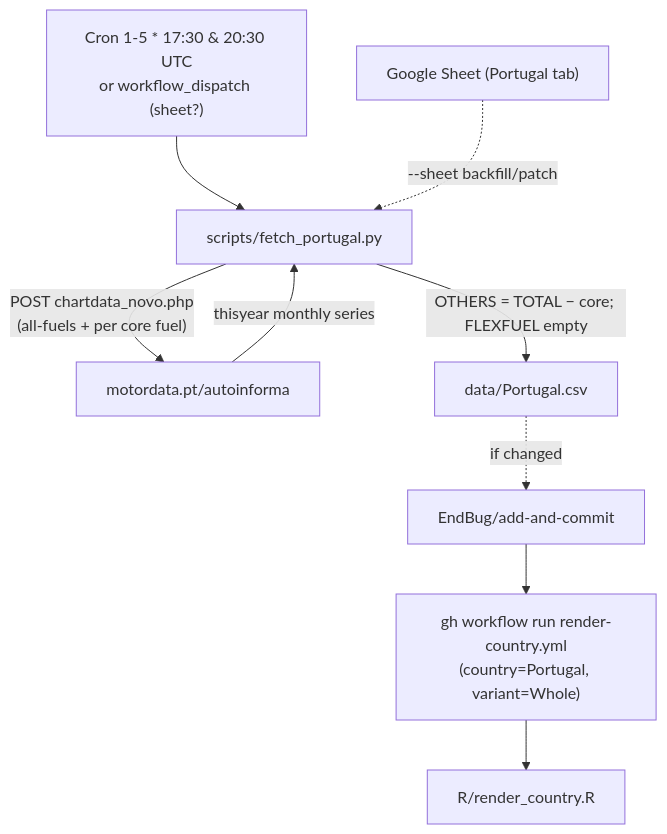
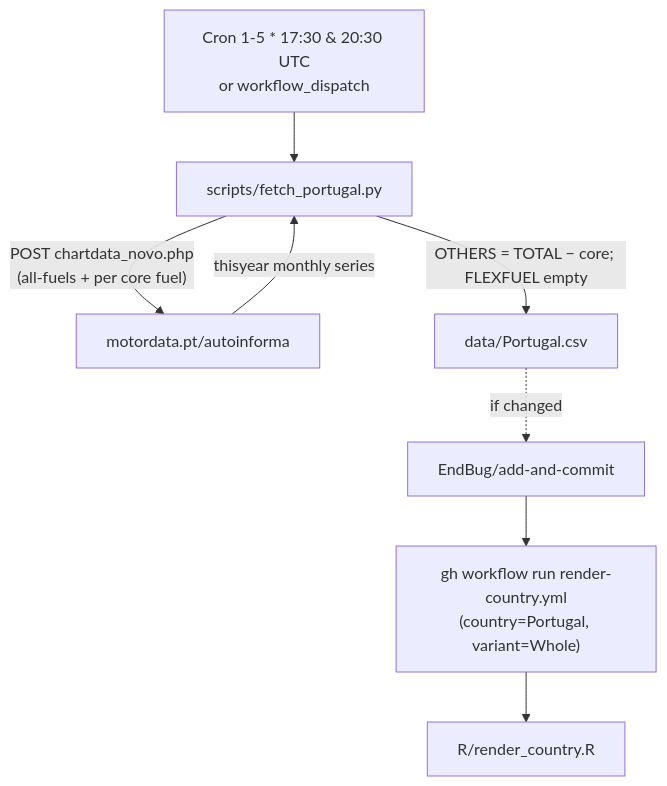
Before and after one commit to LeRaffl/LeRaffl-Gallery: the diagram in docs/architecture/16-source-portugal.md, drawn with Mermaid. The commit also changed other lines of this file and 16 other files, not shown here.

````diff
--- a/docs/architecture/16-source-portugal.md
+++ b/docs/architecture/16-source-portugal.md
@@ -194,12 +181,11 @@
 ```mermaid
 flowchart TD
-    Cron["Cron 1-5 * 17:30 & 20:30 UTC<br/>or workflow_dispatch (sheet?)"]
+    Cron["Cron 1-5 * 17:30 & 20:30 UTC<br/>or workflow_dispatch"]
     Cron --> Fetch["scripts/fetch_portugal.py"]
     Fetch -->|"POST chartdata_novo.php<br/>(all-fuels + per core fuel)"| MD["motordata.pt/autoinforma"]
     MD -->|"thisyear monthly series"| Fetch
     Fetch -->|"OTHERS = TOTAL − core; FLEXFUEL empty"| CSV["data/Portugal.csv"]
     CSV -.->|"if changed"| GA["EndBug/add-and-commit"]
     GA --> Dispatch["gh workflow run render-country.yml<br/>(country=Portugal, variant=Whole)"]
     Dispatch --> Render["R/render_country.R"]
-    Sheet["Google Sheet (Portugal tab)"] -. "--sheet backfill/patch" .-> Fetch
 ```
````
